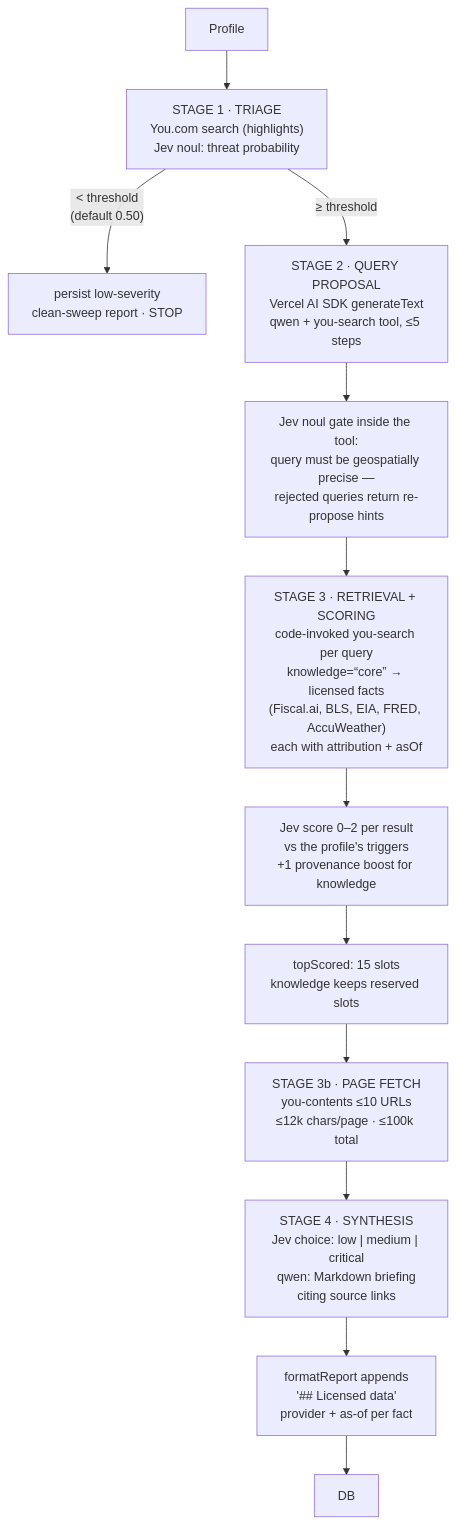
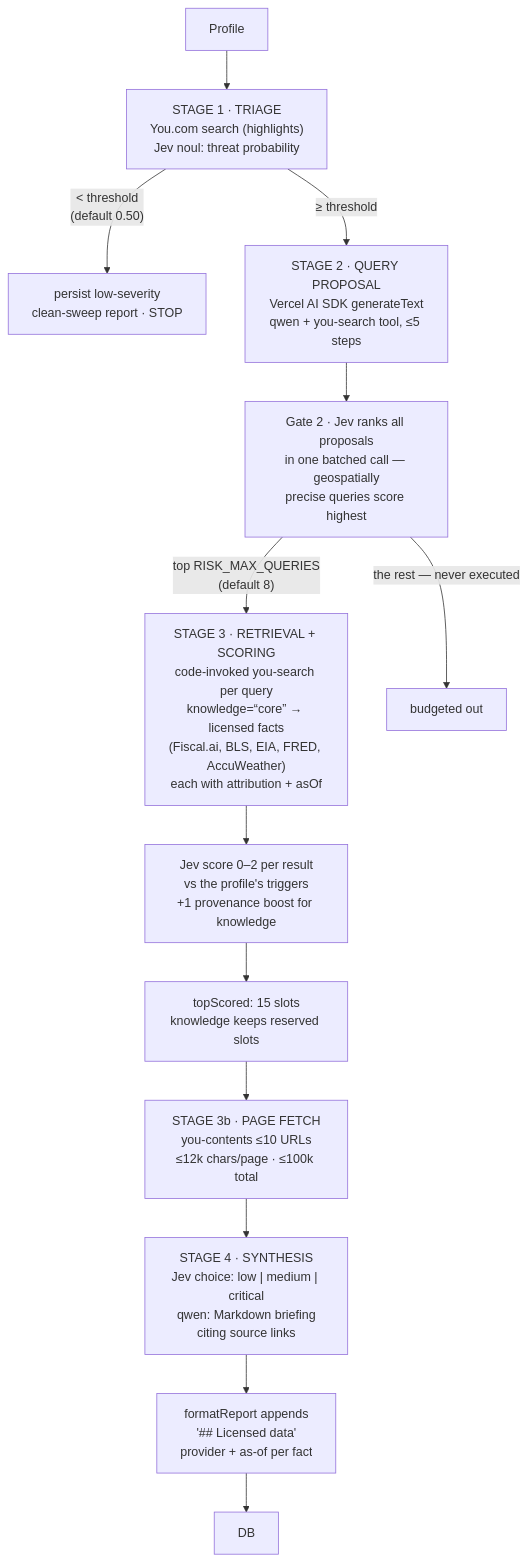
One commit to youdotcom-oss/risk-analysis-server changed the second of 2 diagrams in README.md. Above: the diagram before and after it, drawn with Mermaid. The commit also changed other lines of this file and 1 other file, not shown here.

Commit message:
docs: budgeted query execution in stage diagram and env tables

````diff
--- a/README.md
+++ b/README.md
@@ -130,14 +130,15 @@
 ```mermaid
 flowchart TD
   P["Profile"] --> S1["STAGE 1 · TRIAGE<br/>You.com search (highlights)<br/>Jev noul: threat probability"]
   S1 -->|"&lt; threshold<br/>(default 0.50)"| CLEAN["persist low-severity<br/>clean-sweep report · STOP"]
   S1 -->|"≥ threshold"| S2["STAGE 2 · QUERY PROPOSAL<br/>Vercel AI SDK generateText<br/>qwen + you-search tool, ≤5 steps"]
-  S2 --> G2["Jev noul gate inside the tool:<br/>query must be geospatially precise —<br/>rejected queries return re-propose hints"]
-  G2 --> S3["STAGE 3 · RETRIEVAL + SCORING<br/>code-invoked you-search per query<br/>knowledge=“core” → licensed facts<br/>(Fiscal.ai, BLS, EIA, FRED, AccuWeather)<br/>each with attribution + asOf"]
+  S2 --> G2["Gate 2 · Jev ranks all proposals<br/>in one batched call — geospatially<br/>precise queries score highest"]
+  G2 -->|"top RISK_MAX_QUERIES<br/>(default 8)"| S3["STAGE 3 · RETRIEVAL + SCORING<br/>code-invoked you-search per query<br/>knowledge=“core” → licensed facts<br/>(Fiscal.ai, BLS, EIA, FRED, AccuWeather)<br/>each with attribution + asOf"]
+  G2 -->|"the rest — never executed"| CUT["budgeted out"]
   S3 --> G3["Jev score 0–2 per result<br/>vs the profile's triggers<br/>+1 provenance boost for knowledge"]
   G3 --> R["topScored: 15 slots<br/>knowledge keeps reserved slots"]
   R --> S3b["STAGE 3b · PAGE FETCH<br/>you-contents ≤10 URLs<br/>≤12k chars/page · ≤100k total"]
   S3b --> S4["STAGE 4 · SYNTHESIS<br/>Jev choice: low | medium | critical<br/>qwen: Markdown briefing<br/>citing source links"]
   S4 --> REP["formatReport appends<br/>'## Licensed data'<br/>provider + as-of per fact"]
   REP --> DB
 ```
````
